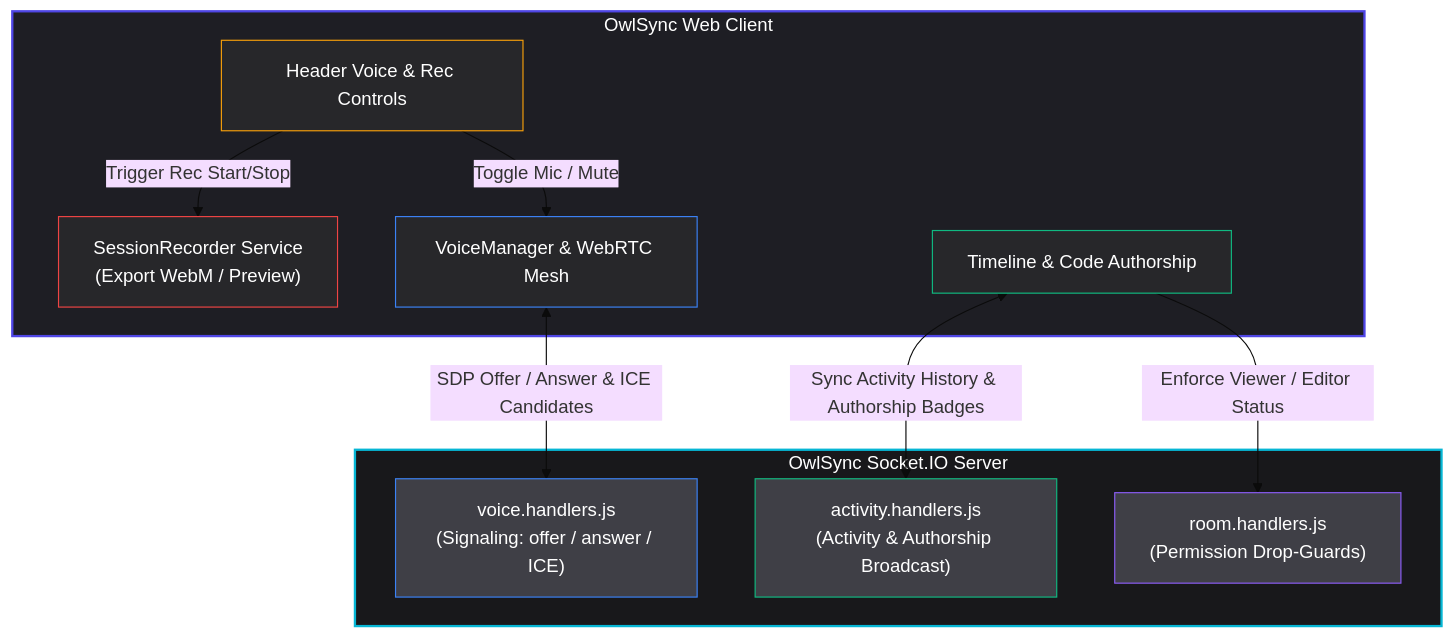
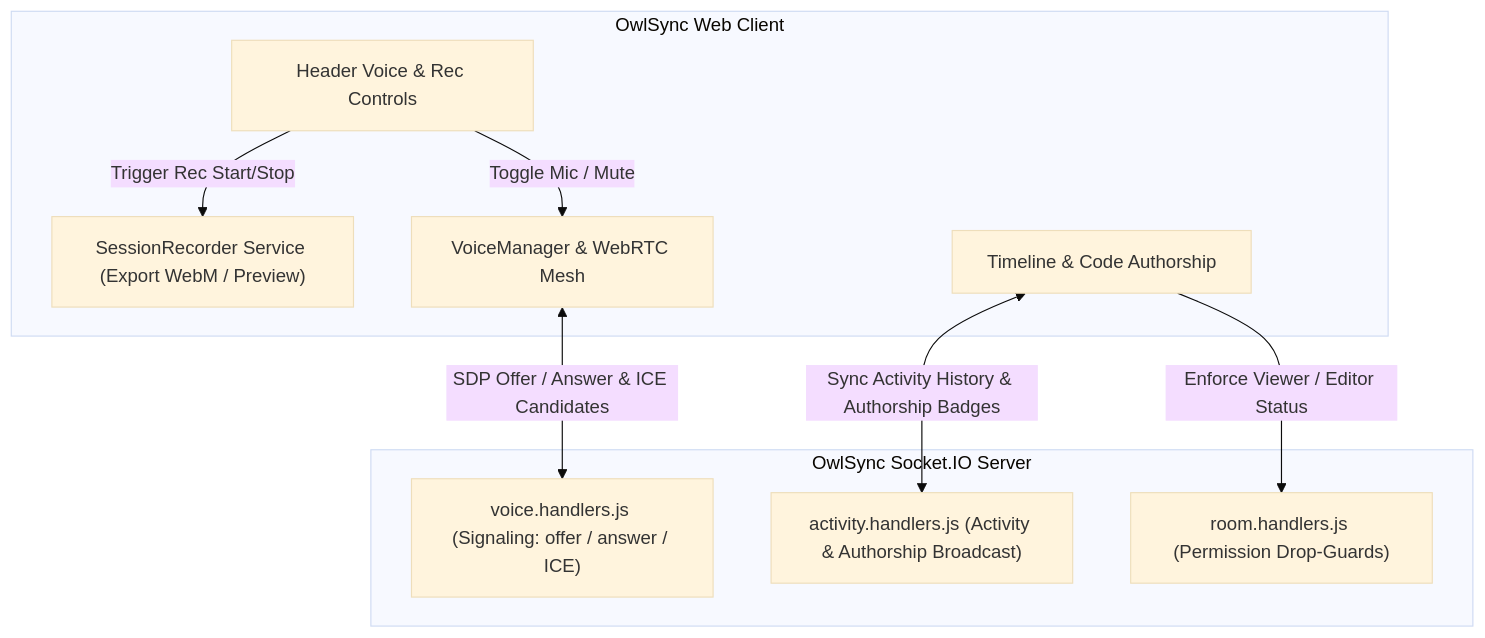
The second of 3 diagrams in docs/architecture/system-design.md (DhruvGola777/OwlSync), drawn with Mermaid (base theme) before and after one commit. The commit also changed 3 other files, not shown here.

Commit message:
docs: add architectural documentation and initialize API error logging for infrastructure debugging

````diff
--- a/docs/architecture/system-design.md
+++ b/docs/architecture/system-design.md
@@ -67,31 +67,21 @@
 ```mermaid
-flowchart TD
+flowchart TB
     subgraph WebClient ["OwlSync Web Client"]
-        SR["SessionRecorder Service<br/>(Export WebM / Preview)"]
+        SR["SessionRecorder Service (Export WebM / Preview)"]
         HVC["Header Voice & Rec Controls"]
         VM["VoiceManager & WebRTC Mesh"]
         TL["Timeline & Code Authorship"]
     end
 
     subgraph SocketServer ["OwlSync Socket.IO Server"]
-        AH["activity.handlers.js<br/>(Activity & Authorship Broadcast)"]
-        VH["voice.handlers.js<br/>(Signaling: offer / answer / ICE)"]
-        RH["room.handlers.js<br/>(Permission Drop-Guards)"]
+        AH["activity.handlers.js (Activity & Authorship Broadcast)"]
+        VH["voice.handlers.js (Signaling: offer / answer / ICE)"]
+        RH["room.handlers.js (Permission Drop-Guards)"]
     end
 
     HVC -->|Trigger Rec Start/Stop| SR
     HVC -->|Toggle Mic / Mute| VM
     VM <-->|SDP Offer / Answer & ICE Candidates| VH
     TL <-->|Sync Activity History & Authorship Badges| AH
     TL -->|Enforce Viewer / Editor Status| RH
-
-    style WebClient fill:#1e1e24,stroke:#4f46e5,stroke-width:2px,color:#fff
-    style SocketServer fill:#18181b,stroke:#06b6d4,stroke-width:2px,color:#fff
-    style SR fill:#27272a,stroke:#ef4444,stroke-width:1px,color:#fff
-    style VM fill:#27272a,stroke:#3b82f6,stroke-width:1px,color:#fff
-    style TL fill:#27272a,stroke:#10b981,stroke-width:1px,color:#fff
-    style HVC fill:#27272a,stroke:#f59e0b,stroke-width:1px,color:#fff
-    style AH fill:#3f3f46,stroke:#10b981,stroke-width:1px,color:#fff
-    style VH fill:#3f3f46,stroke:#3b82f6,stroke-width:1px,color:#fff
-    style RH fill:#3f3f46,stroke:#8b5cf6,stroke-width:1px,color:#fff
 ```
````
